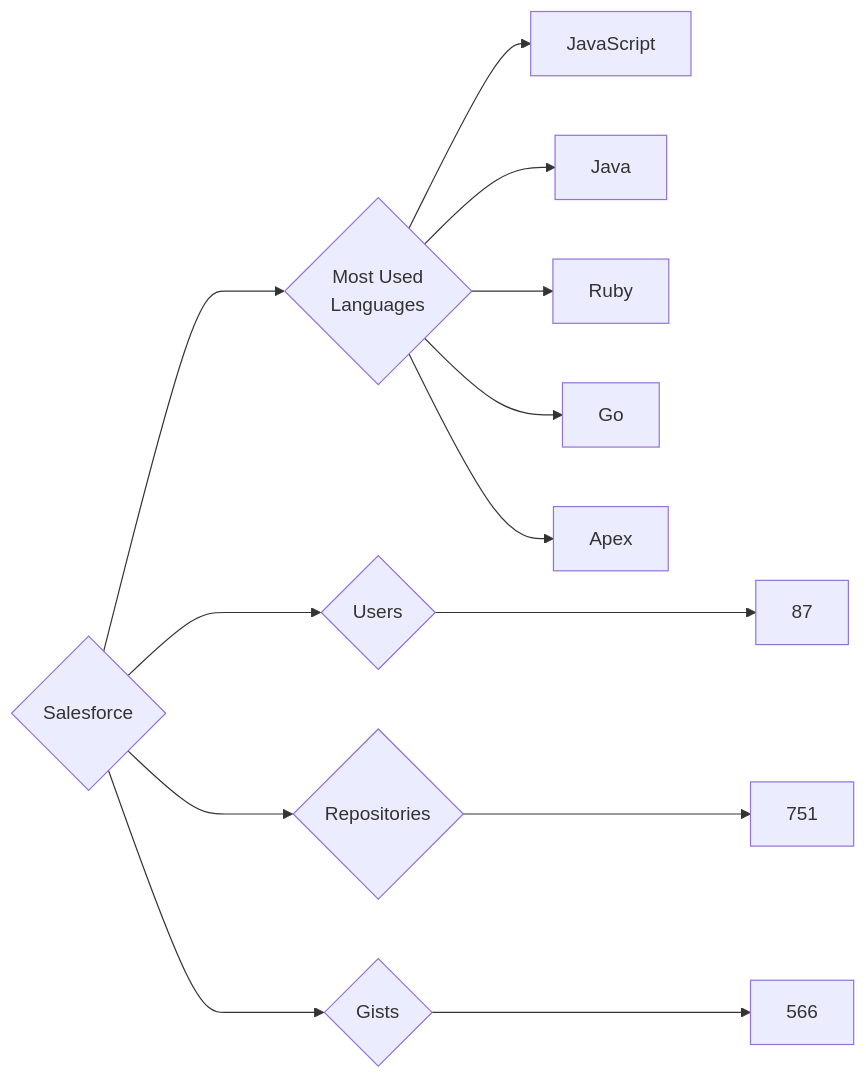
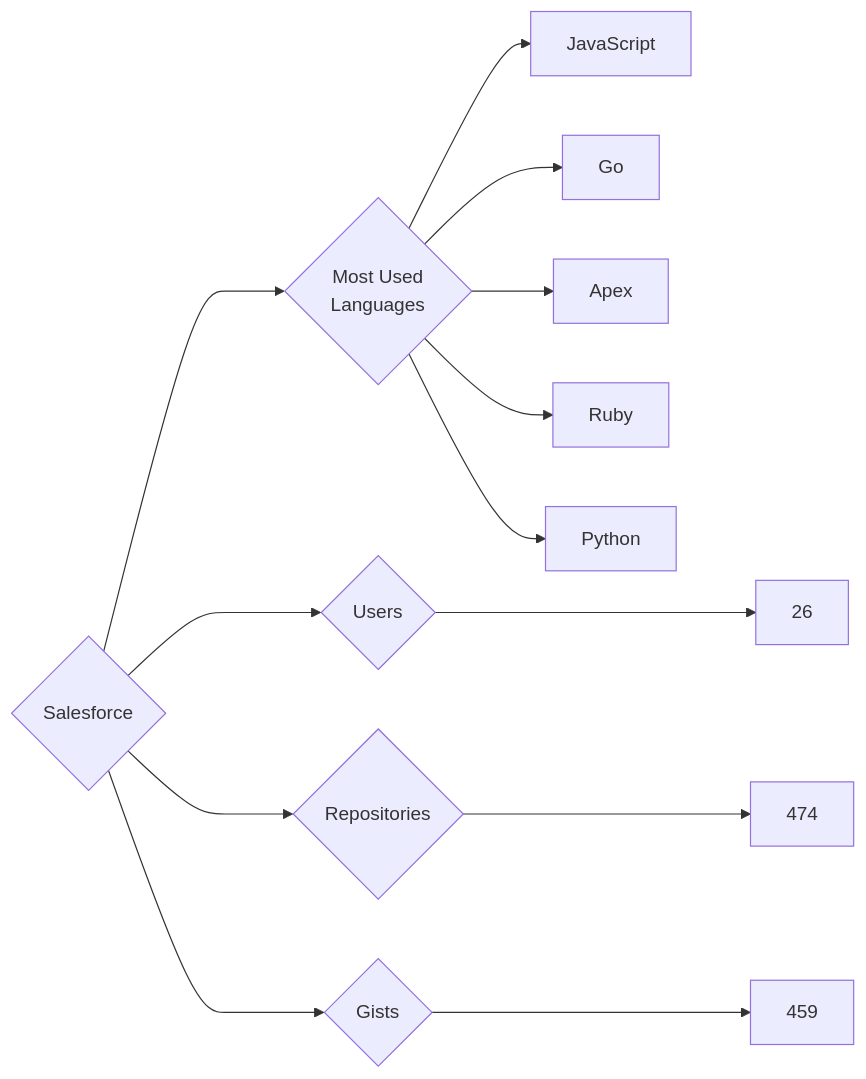
The diagram in targets/Salesforce/README.md (trickest/insiders), drawn with Mermaid before and after one commit. The commit also changed 1011 other files, not shown here.

````diff
--- a/targets/Salesforce/README.md
+++ b/targets/Salesforce/README.md
@@ -3,13 +3,13 @@
 ```mermaid
 graph LR
 COMPANY_NAME{Salesforce}
-COMPANY_NAME ---> U{Users} ---> UN[87]
-COMPANY_NAME ---> R{Repositories} ---> RN[751]
-COMPANY_NAME ---> G{Gists} ---> GN[566]
+COMPANY_NAME ---> U{Users} ---> UN[26]
+COMPANY_NAME ---> R{Repositories} ---> RN[474]
+COMPANY_NAME ---> G{Gists} ---> GN[459]
 COMPANY_NAME ---> ML{Most Used<br>Languages}
 ML --> JavaScript[JavaScript]
-ML --> Java[Java]
-ML --> Ruby[Ruby]
 ML --> Go[Go]
 ML --> Apex[Apex]
+ML --> Ruby[Ruby]
+ML --> Python[Python]
 ```
````
